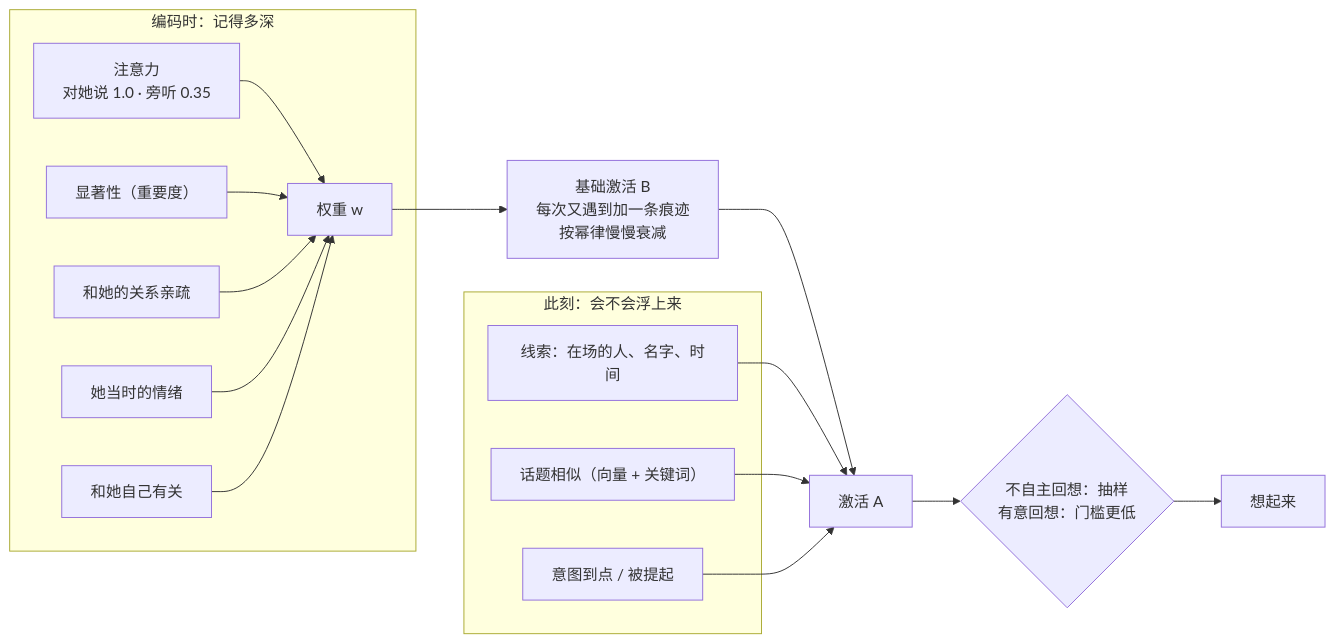
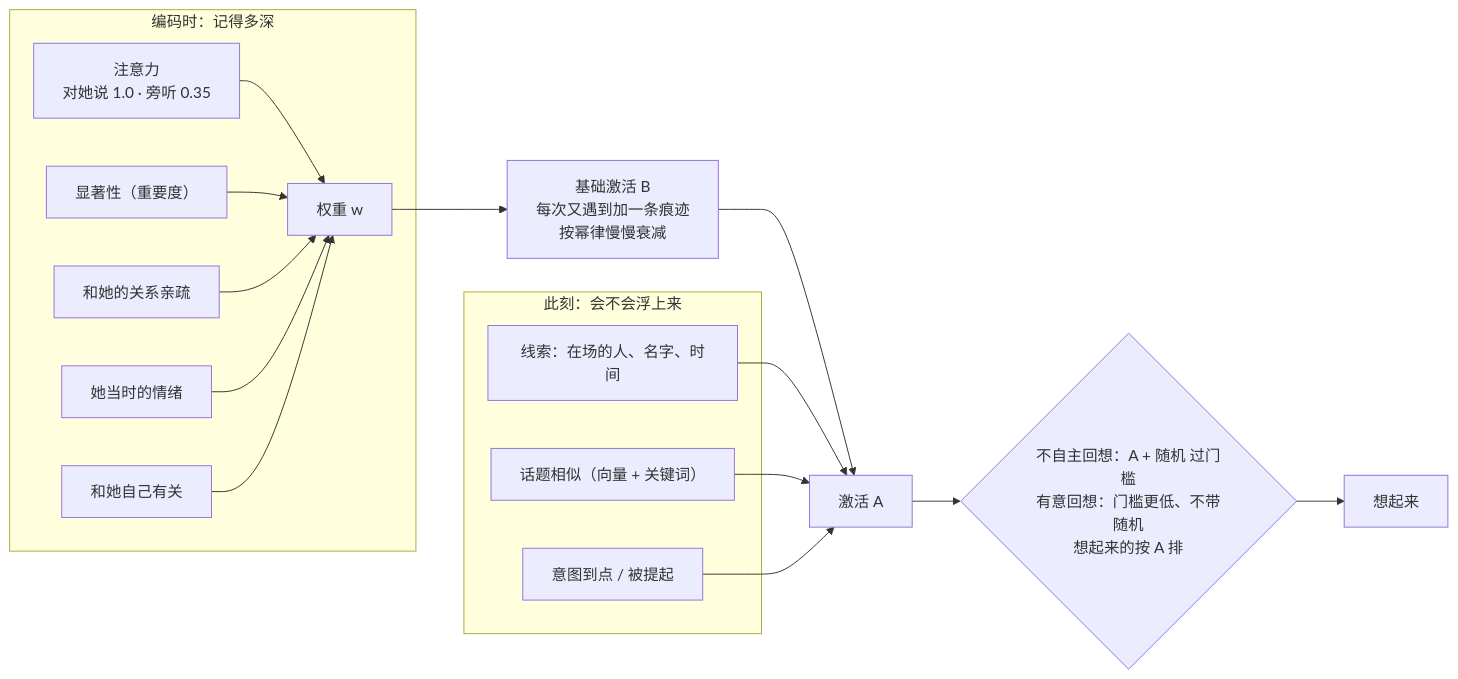
One commit to QiuYeDx/dsh-rugu changed the sixth of 9 diagrams in docs/图解.md. Above: the diagram before and after it, drawn with Mermaid. The commit also changed other lines of this file and 14 other files, not shown here.

````diff
--- a/docs/图解.md
+++ b/docs/图解.md
@@ -222,22 +225,22 @@
 ```mermaid
 flowchart LR
   subgraph ENC["编码时：记得多深"]
     W1["注意力<br/>对她说 1.0 · 旁听 0.35"] --> WS["权重 w"]
     W2["显著性（重要度）"] --> WS
     W3["和她的关系亲疏"] --> WS
     W4["她当时的情绪"] --> WS
     W5["和她自己有关"] --> WS
   end
   WS --> B["基础激活 B<br/>每次又遇到加一条痕迹<br/>按幂律慢慢衰减"]
   subgraph NOW["此刻：会不会浮上来"]
     S["线索：在场的人、名字、时间"]
     C["话题相似（向量 + 关键词）"]
     I2["意图到点 / 被提起"]
   end
   B --> A["激活 A"]
   S --> A
   C --> A
   I2 --> A
-  A --> R{"不自主回想：抽样<br/>有意回想：门槛更低"}
+  A --> R{"不自主回想：A + 随机 过门槛<br/>有意回想：门槛更低、不带随机<br/>想起来的按 A 排"}
   R --> UP["想起来"]
 ```
````
